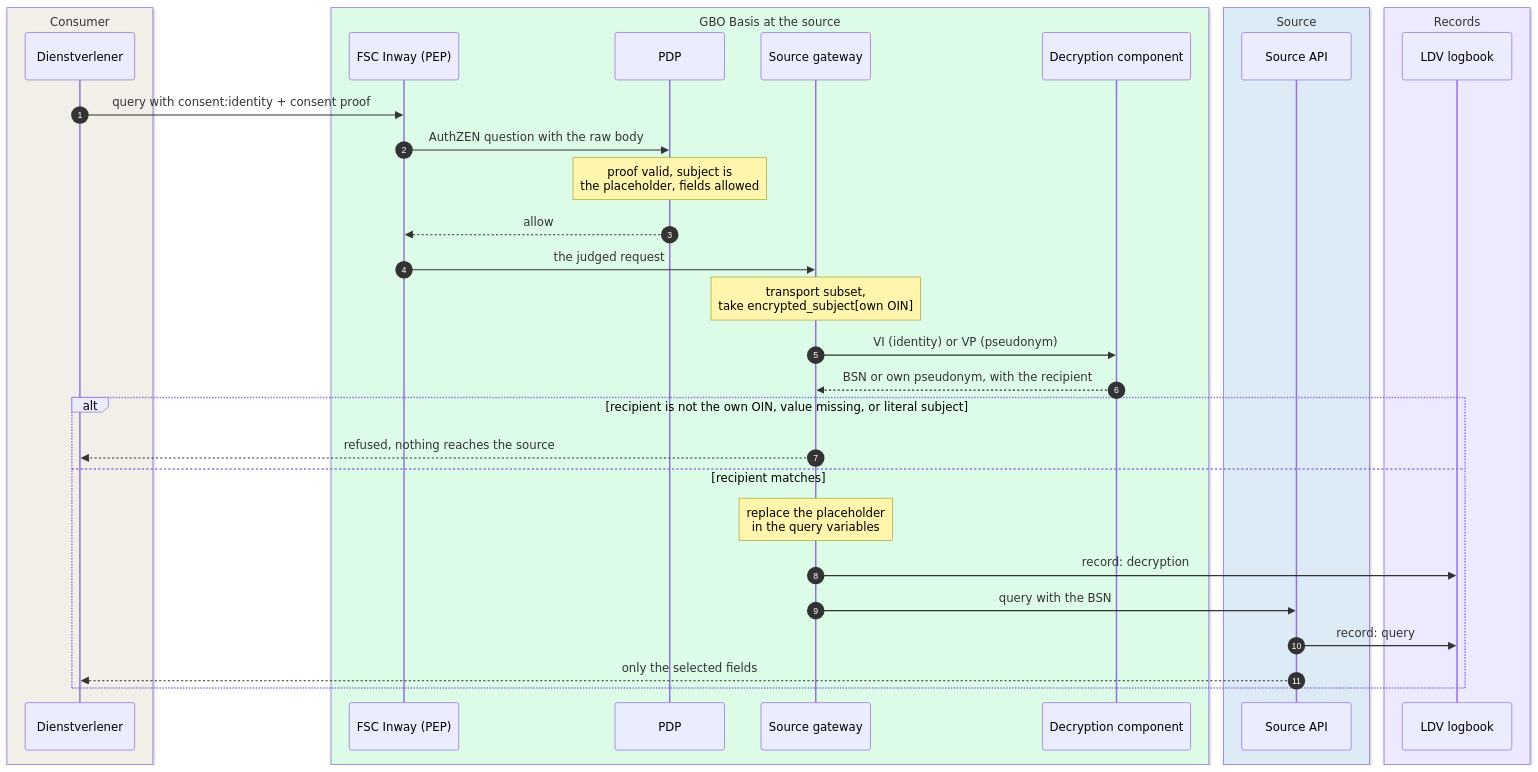
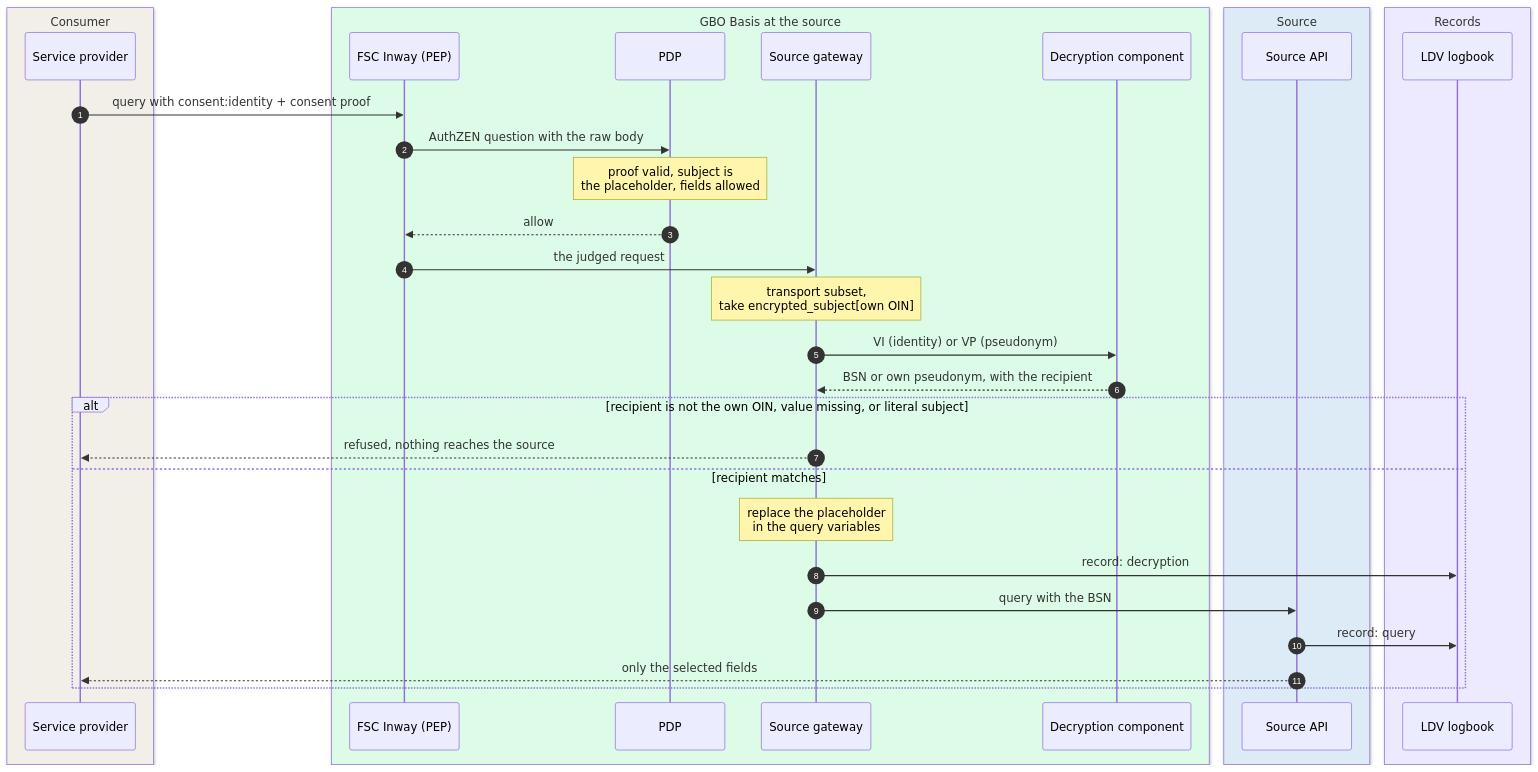
Before and after one commit to ICTU/GBO-TO: the second of 4 diagrams in docs/building-blocks/gbo-basis/source-access.md, drawn with Mermaid. The commit also changed other lines of this file and 82 other files, not shown here.

````diff
--- a/docs/building-blocks/gbo-basis/source-access.md
+++ b/docs/building-blocks/gbo-basis/source-access.md
@@ -107,36 +107,36 @@
 ```mermaid
 sequenceDiagram
   autonumber
   box rgb(241,239,232) Consumer
-    participant DV as Dienstverlener
+    participant DV as Service provider
   end
   box rgb(220,252,231) GBO Basis at the source
     participant IN as FSC Inway (PEP)
     participant PDP as PDP
     participant GW as Source gateway
     participant DEC as Decryption component
   end
   box rgb(221,235,247) Source
     participant API as Source API
   end
   box rgb(237,233,254) Records
     participant L as LDV logbook
   end
   DV->>IN: query with consent:identity + consent proof
   IN->>PDP: AuthZEN question with the raw body
   Note over PDP: proof valid, subject is<br/>the placeholder, fields allowed
   PDP-->>IN: allow
   IN->>GW: the judged request
   Note over GW: transport subset,<br/>take encrypted_subject[own OIN]
   GW->>DEC: VI (identity) or VP (pseudonym)
   DEC-->>GW: BSN or own pseudonym, with the recipient
   alt recipient is not the own OIN, value missing, or literal subject
     GW-->>DV: refused, nothing reaches the source
   else recipient matches
     Note over GW: replace the placeholder<br/>in the query variables
     GW->>L: record: decryption
     GW->>API: query with the BSN
     API->>L: record: query
     API-->>DV: only the selected fields
   end
 ```
````
